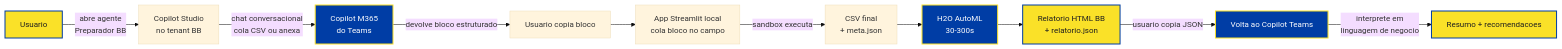
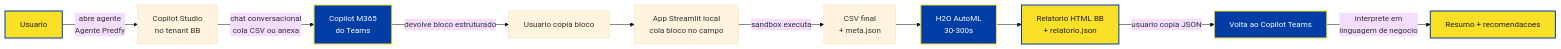
Before and after one commit to FranMarteen/hypercopa-disec-mvp: the second of 6 diagrams in docs/FLUXOGRAMA.md, drawn with Mermaid (base theme). The commit also changed other lines of this file and 20 other files, not shown here.

Commit message:
feat: rebrand para Predfy / Agente Predfy + page_title atualizado

````diff
--- a/docs/FLUXOGRAMA.md
+++ b/docs/FLUXOGRAMA.md
@@ -33,19 +33,19 @@
 ```mermaid
 flowchart LR
-    A[Usuario] -->|abre agente<br/>Preparador BB| B[Copilot Studio<br/>no tenant BB]
+    A[Usuario] -->|abre agente<br/>Agente Predfy| B[Copilot Studio<br/>no tenant BB]
     B -->|chat conversacional<br/>cola CSV ou anexa| C[Copilot M365<br/>do Teams]
     C -->|devolve bloco estruturado| D[Usuario copia bloco]
     D --> E[App Streamlit local<br/>cola bloco no campo]
     E -->|sandbox executa| F[CSV final<br/>+ meta.json]
     F --> G[H2O AutoML<br/>30-300s]
     G --> H[Relatorio HTML BB<br/>+ relatorio.json]
     H -->|usuario copia JSON| I[Volta ao Copilot Teams]
     I -->|interprete em<br/>linguagem de negocio| J[Resumo + recomendacoes]
 
     style A fill:#FAE128,stroke:#003DA5,stroke-width:2px,color:#1F1F1F
     style C fill:#003DA5,stroke:#FAE128,stroke-width:2px,color:#fff
     style I fill:#003DA5,stroke:#FAE128,stroke-width:2px,color:#fff
     style G fill:#003DA5,stroke:#FAE128,stroke-width:2px,color:#fff
     style H fill:#FAE128,stroke:#003DA5,stroke-width:2px,color:#1F1F1F
     style J fill:#FAE128,stroke:#003DA5,stroke-width:2px,color:#1F1F1F
 ```
````
